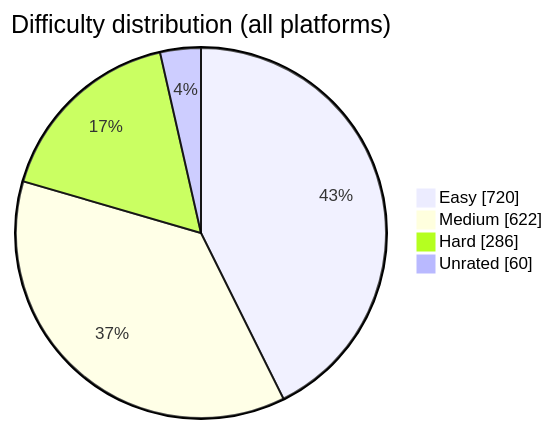
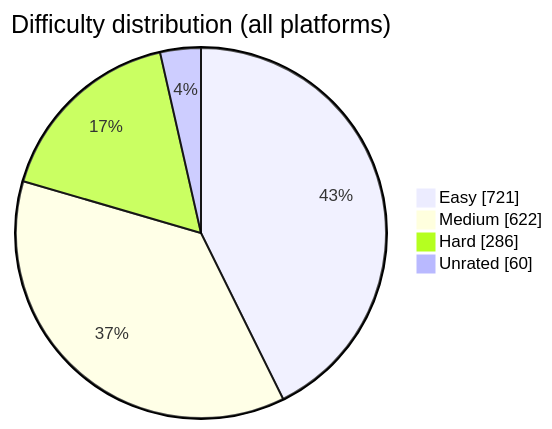
One commit to BuildbyArindam/Daily-Coding-Log changed the diagram in README.md. Above: the diagram before and after it, drawn with Mermaid. The commit also changed other lines of this file, not shown here.

````diff
--- a/README.md
+++ b/README.md
@@ -93,7 +93,7 @@
 ```mermaid
 pie showData title Difficulty distribution (all platforms)
-    "Easy" : 720
+    "Easy" : 721
     "Medium" : 622
     "Hard" : 286
     "Unrated" : 60
 ```
````
